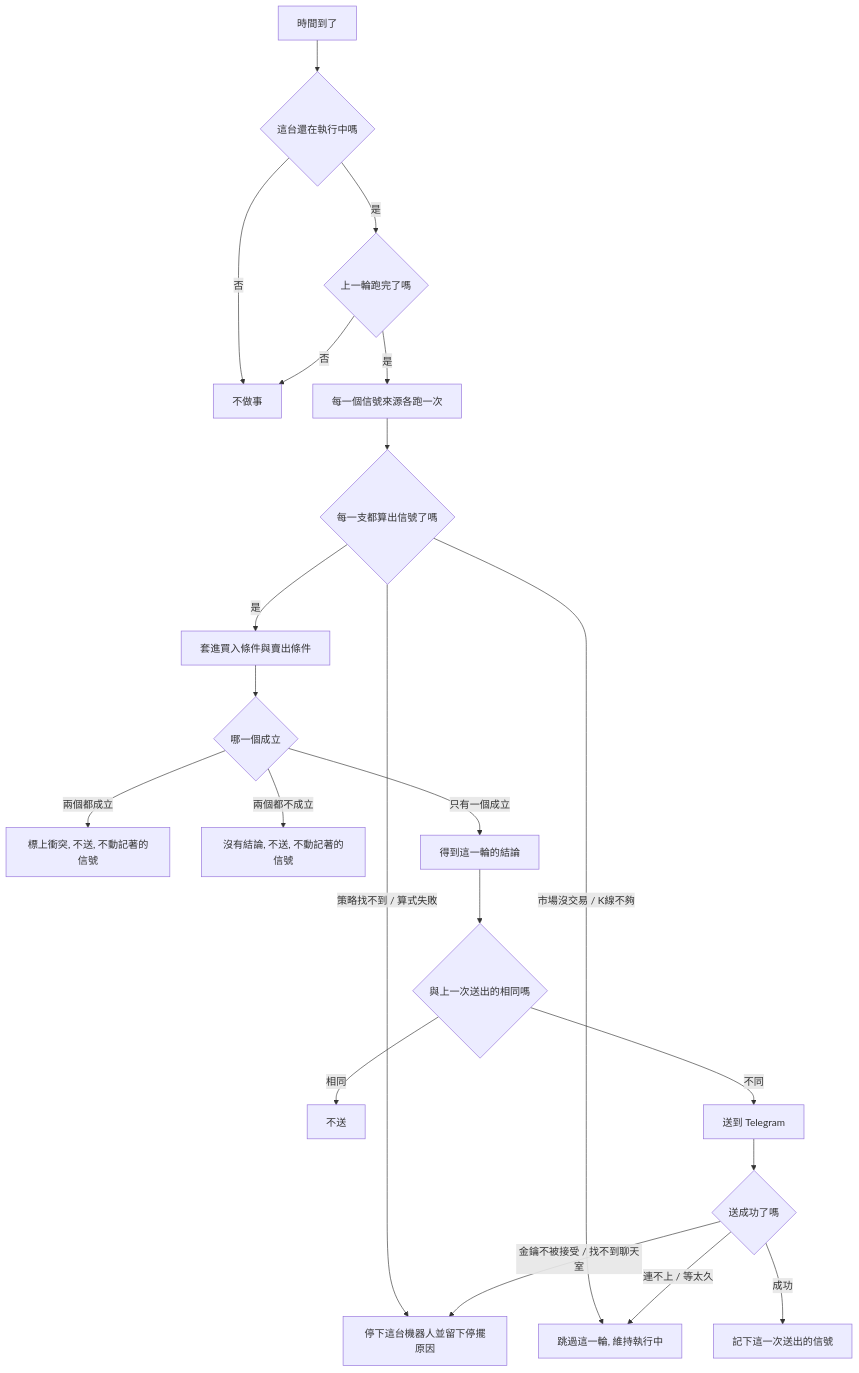
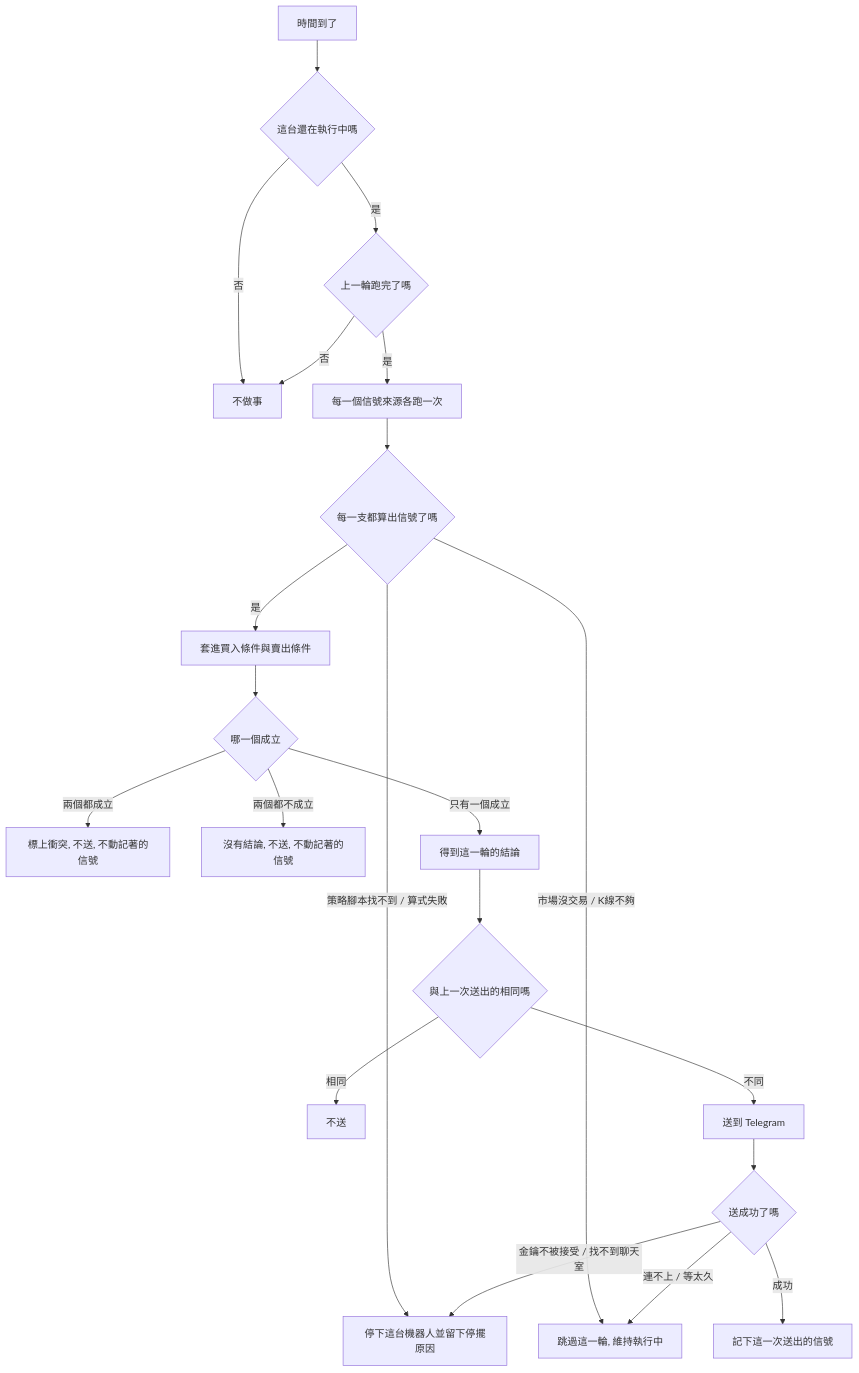
The diagram in .sdd/2026-09-16-strategy-bot/PRD.md (CodeMachine0121/go-trading), drawn with Mermaid before and after one commit. The commit also changed other lines of this file and 279 other files, not shown here.

````diff
--- a/.sdd/2026-09-16-strategy-bot/PRD.md
+++ b/.sdd/2026-09-16-strategy-bot/PRD.md
@@ -532,23 +532,23 @@
 ```mermaid
 flowchart TD
     A[時間到了] --> B{這台還在執行中嗎}
     B -- 否 --> Z[不做事]
     B -- 是 --> C{上一輪跑完了嗎}
     C -- 否 --> Z
     C -- 是 --> D[每一個信號來源各跑一次]
     D --> E{每一支都算出信號了嗎}
-    E -- 策略找不到 / 算式失敗 --> S[停下這台機器人並留下停擺原因]
+    E -- 策略腳本找不到 / 算式失敗 --> S[停下這台機器人並留下停擺原因]
     E -- 市場沒交易 / K線不夠 --> Y[跳過這一輪, 維持執行中]
     E -- 是 --> F[套進買入條件與賣出條件]
     F --> G{哪一個成立}
     G -- 兩個都成立 --> H[標上衝突, 不送, 不動記著的信號]
     G -- 兩個都不成立 --> I[沒有結論, 不送, 不動記著的信號]
     G -- 只有一個成立 --> J[得到這一輪的結論]
     J --> K{與上一次送出的相同嗎}
     K -- 相同 --> L[不送]
     K -- 不同 --> M[送到 Telegram]
     M --> N{送成功了嗎}
     N -- 成功 --> O[記下這一次送出的信號]
     N -- 連不上 / 等太久 --> Y
     N -- 金鑰不被接受 / 找不到聊天室 --> S
 ```
````
